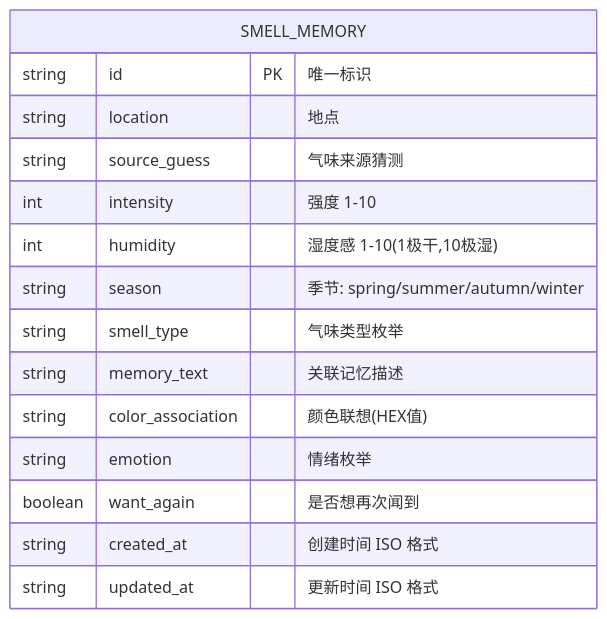
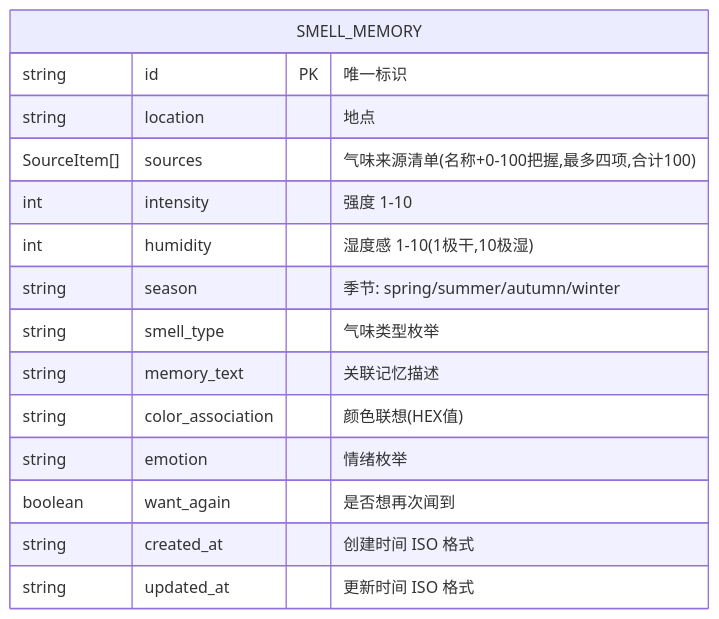
One commit to aliAjax/pair-wise-yf-3-haqn changed the second of 2 diagrams in .trae/documents/技术架构-旧房间气味记忆库.md. Above: the diagram before and after it, drawn with Mermaid. The commit also changed 9 other files, not shown here.

````diff
--- a/.trae/documents/技术架构-旧房间气味记忆库.md
+++ b/.trae/documents/技术架构-旧房间气味记忆库.md
@@ -67,18 +67,18 @@
 ```mermaid
 erDiagram
     SMELL_MEMORY {
         string id PK "唯一标识"
         string location "地点"
-        string source_guess "气味来源猜测"
+        SourceItem[] sources "气味来源清单(名称+0-100把握,最多四项,合计100)"
         int intensity "强度 1-10"
         int humidity "湿度感 1-10(1极干,10极湿)"
         string season "季节: spring/summer/autumn/winter"
         string smell_type "气味类型枚举"
         string memory_text "关联记忆描述"
         string color_association "颜色联想(HEX值)"
         string emotion "情绪枚举"
         boolean want_again "是否想再次闻到"
         string created_at "创建时间 ISO 格式"
         string updated_at "更新时间 ISO 格式"
     }
 ```
````
